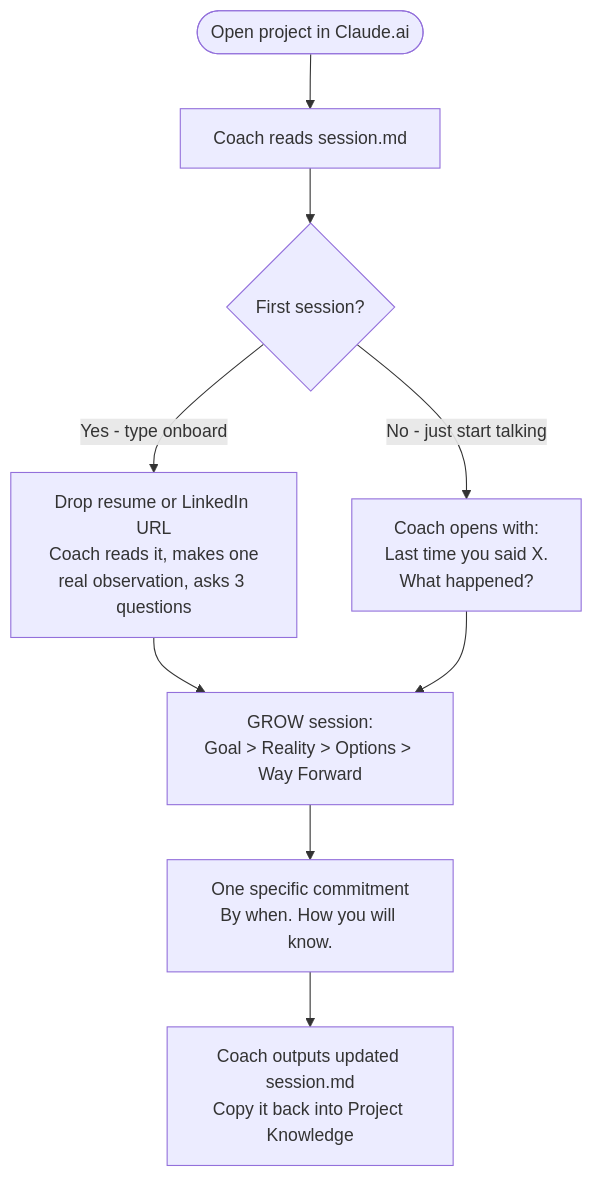
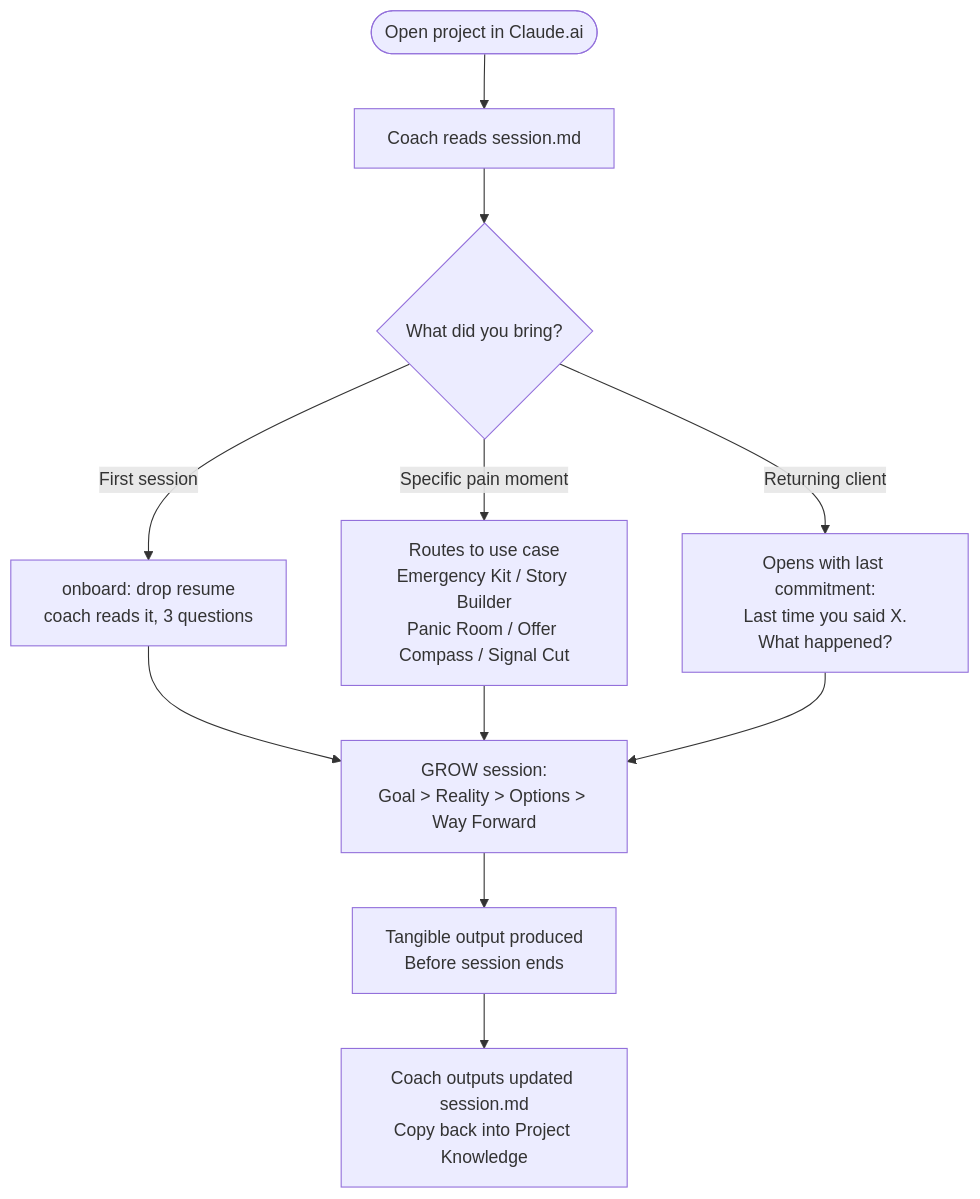
The diagram in README.md (qwikchoice/RelaunchPM), drawn with Mermaid before and after one commit. The commit also changed other lines of this file, not shown here.

First line of the commit message:
README: lead with 5 use cases, Emergency Kit first

````diff
--- a/README.md
+++ b/README.md
@@ -36,10 +99,11 @@
 ```mermaid
 flowchart TD
     A([Open project in Claude.ai]) --> B[Coach reads session.md]
-    B --> C{First session?}
-    C -->|Yes - type onboard| D[Drop resume or LinkedIn URL\nCoach reads it, makes one\nreal observation, asks 3 questions]
-    C -->|No - just start talking| E[Coach opens with:\nLast time you said X.\nWhat happened?]
-    D & E --> F[GROW session:\nGoal > Reality > Options > Way Forward]
-    F --> G[One specific commitment\nBy when. How you will know.]
-    G --> H[Coach outputs updated session.md\nCopy it back into Project Knowledge]
+    B --> C{What did you bring?}
+    C -->|First session| D[onboard: drop resume\ncoach reads it, 3 questions]
+    C -->|Specific pain moment| E[Routes to use case\nEmergency Kit / Story Builder\nPanic Room / Offer Compass / Signal Cut]
+    C -->|Returning client| F[Opens with last commitment:\nLast time you said X.\nWhat happened?]
+    D & E & F --> G[GROW session:\nGoal > Reality > Options > Way Forward]
+    G --> H[Tangible output produced\nBefore session ends]
+    H --> I[Coach outputs updated session.md\nCopy back into Project Knowledge]
 ```
````
